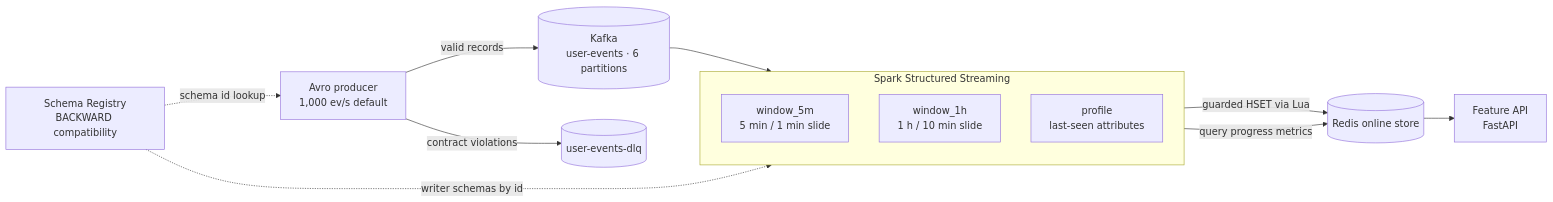
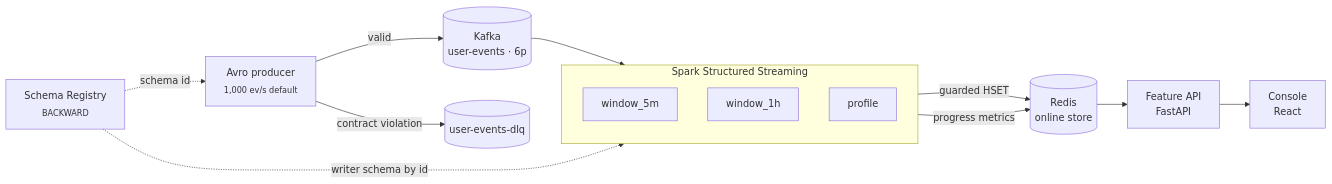
The diagram in README.md (aliarham13/Feature_Store), drawn with Mermaid before and after one commit. The commit also changed other lines of this file and 3 other files, not shown here.

````diff
--- a/README.md
+++ b/README.md
@@ -39,17 +106,28 @@
 ```mermaid
 flowchart LR
-    P[Avro producer<br/>1,000 ev/s default] -->|valid records| K[(Kafka<br/>user-events · 6 partitions)]
-    P -->|contract violations| DLQ[(user-events-dlq)]
-    SR[Schema Registry<br/>BACKWARD compatibility] -.->|schema id lookup| P
+    P["Avro producer<br/><sub>1,000 ev/s default</sub>"]
+    SR["Schema Registry<br/><sub>BACKWARD</sub>"]
+    K[("Kafka<br/>user-events · 6p")]
+    DLQ[("user-events-dlq")]
+    R[("Redis<br/>online store")]
+    API["Feature API<br/>FastAPI"]
+    UI["Console<br/>React"]
 
-    subgraph SP[Spark Structured Streaming]
-        W5[window_5m<br/>5 min / 1 min slide]
-        W1[window_1h<br/>1 h / 10 min slide]
-        PR[profile<br/>last-seen attributes]
+    P -->|valid| K
+    P -->|contract violation| DLQ
+    SR -.->|schema id| P
+
+    subgraph SP["Spark Structured Streaming"]
+      direction TB
+      W5["window_5m"]
+      W1["window_1h"]
+      PR["profile"]
     end
+
     K --> SP
-    SR -.->|writer schemas by id| SP
-    SP -->|guarded HSET via Lua| R[(Redis online store)]
-    SP -->|query progress metrics| R
-    R --> API[Feature API<br/>FastAPI]
+    SR -.->|writer schema by id| SP
+    SP -->|guarded HSET| R
+    SP -->|progress metrics| R
+    R --> API
+    API --> UI
 ```
````
